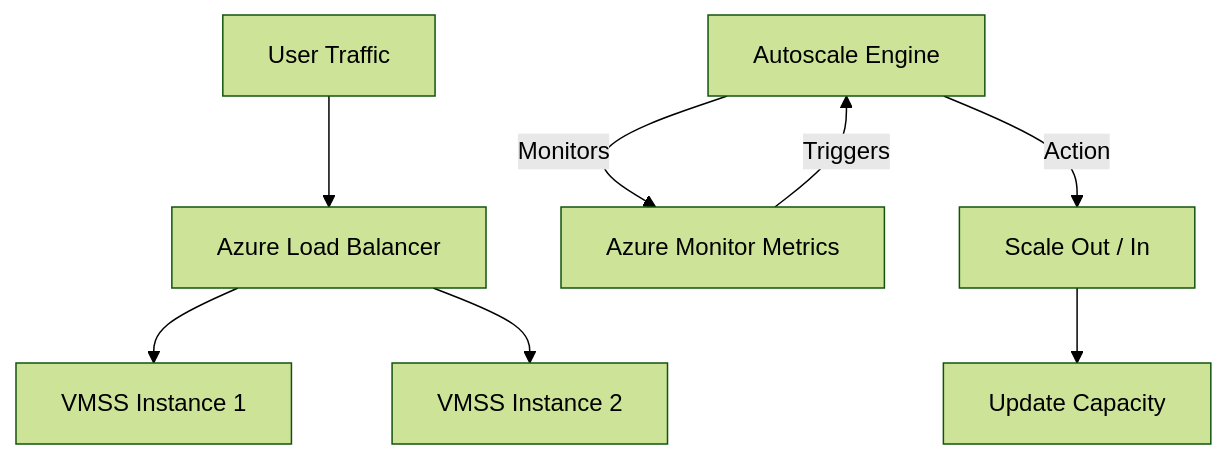
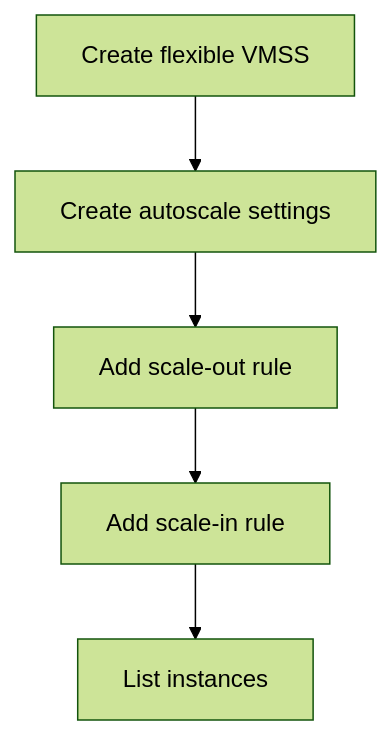
Before and after one commit to yeongseon/azure-virtual-machine-practical-guide: the diagram in docs/operations/vmss-basics.md, drawn with Mermaid (forest theme). The commit also changed other lines of this file and 9 other files, not shown here.

````diff
--- a/docs/operations/vmss-basics.md
+++ b/docs/operations/vmss-basics.md
@@ -34,10 +51,7 @@
 ```mermaid
-graph TD
-    A[User Traffic] --> B[Azure Load Balancer]
-    B --> C[VMSS Instance 1]
-    B --> D[VMSS Instance 2]
-    E[Autoscale Engine] -- Monitors --> F[Azure Monitor Metrics]
-    F -- Triggers --> E
-    E -- Action --> G[Scale Out / In]
-    G --> H[Update Capacity]
+flowchart TD
+    A[Create flexible VMSS] --> B[Create autoscale settings]
+    B --> C[Add scale-out rule]
+    C --> D[Add scale-in rule]
+    D --> E[List instances]
 ```
````
